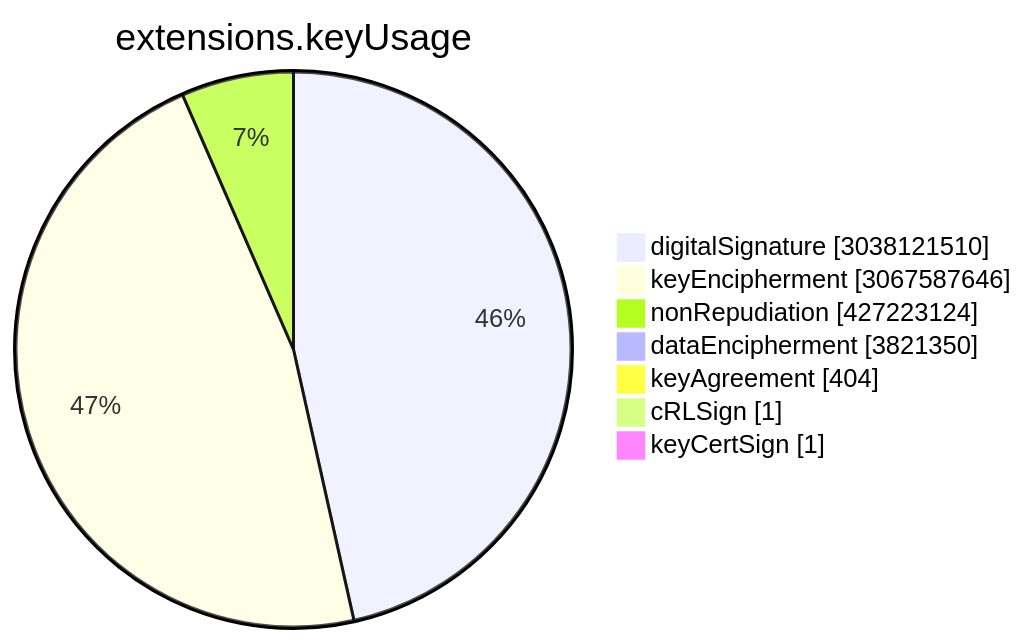
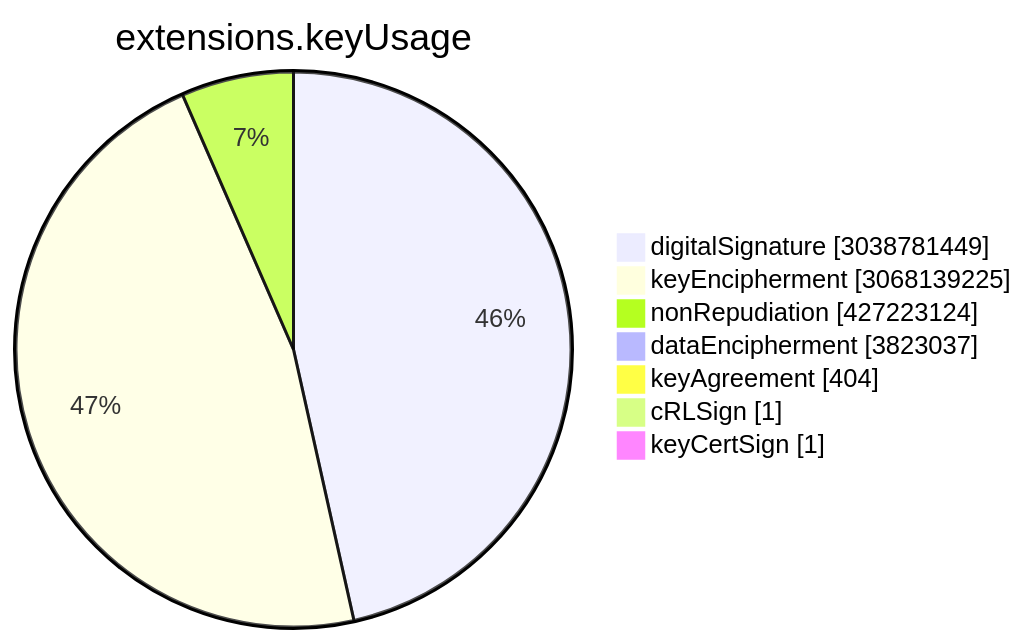
One commit to christiankrug/ctmonitor_visualization changed the sixth of 15 diagrams in TOTAL/README.md. Above: the diagram before and after it, drawn with Mermaid. The commit also changed other lines of this file, not shown here.

````diff
--- a/TOTAL/README.md
+++ b/TOTAL/README.md
@@ -3077,11 +3077,11 @@
 ```mermaid
 pie showData
 title extensions.keyUsage
-"digitalSignature" :3038121510
-"keyEncipherment" :3067587646
+"digitalSignature" :3038781449
+"keyEncipherment" :3068139225
 "nonRepudiation" :427223124
-"dataEncipherment" :3821350
+"dataEncipherment" :3823037
 "keyAgreement" :404
 "cRLSign" :1
 "keyCertSign" :1
 ```
````
